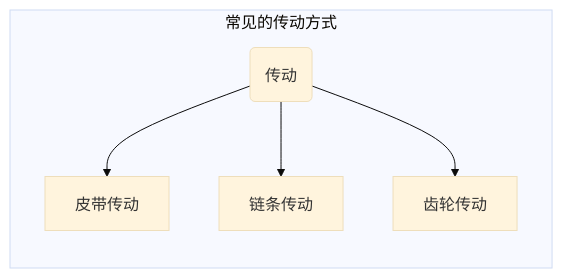
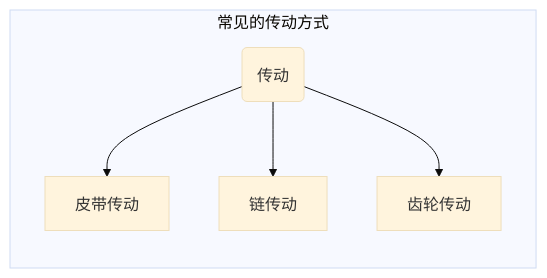
Before and after one commit to wanshiqiang/OSH_ComThinkBook: the diagram in source/bookChapters/robot/robot2.md, drawn with Mermaid (base theme). The commit also changed other lines of this file, not shown here.

````diff
--- a/source/bookChapters/robot/robot2.md
+++ b/source/bookChapters/robot/robot2.md
@@ -5,9 +9,9 @@
 ```mermaid
 graph LR;
   subgraph 常见的传动方式
       a(传动)
       a-->皮带传动
-      a-->链条传动
+      a-->链传动
       a-->齿轮传动
   end
 ```
````
